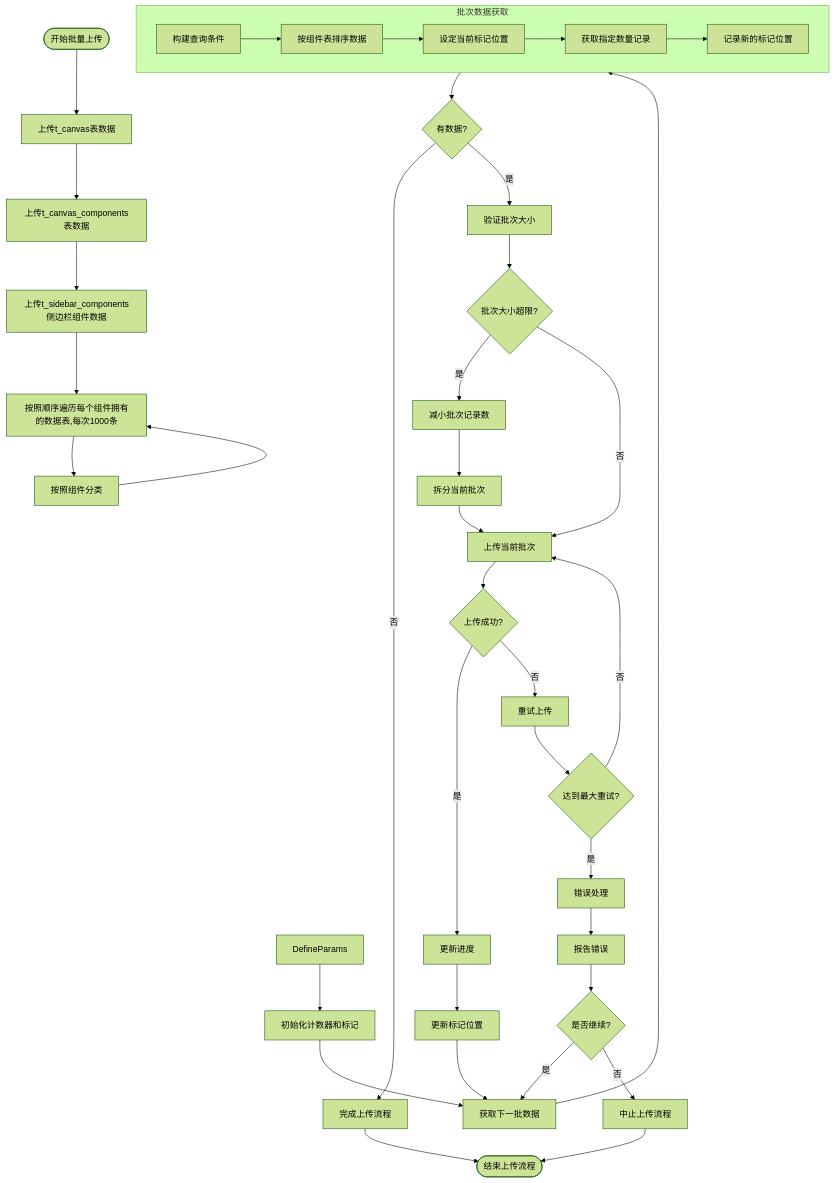
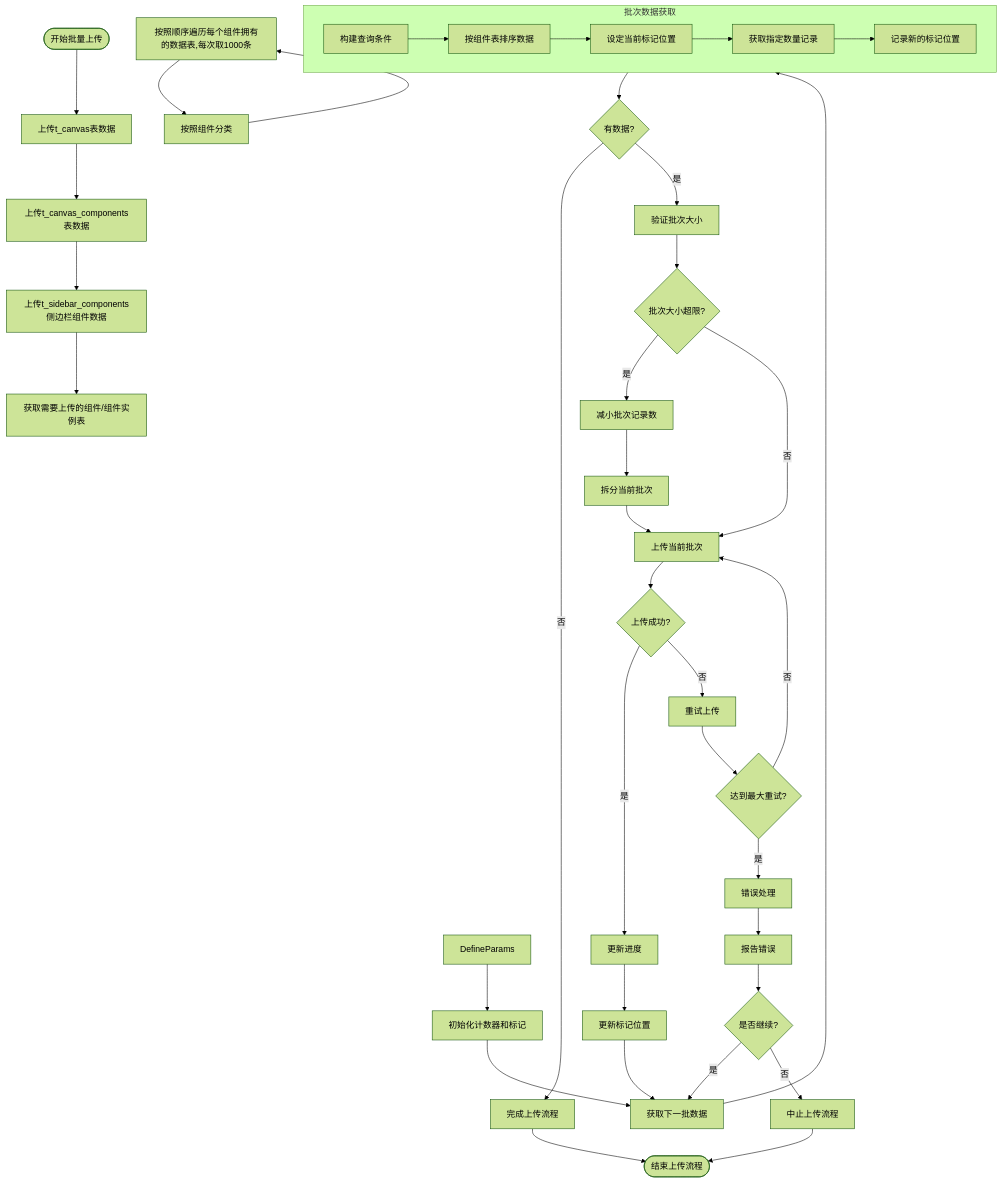
The diagram in all/未命名-51.md (yingjianzh/iodraw-files), drawn with Mermaid (forest theme) before and after one commit.

Commit message:
2025-05-08 17:28:41 update

````diff
--- a/all/未命名-51.md
+++ b/all/未命名-51.md
@@ -1,54 +1,54 @@
 ```mermaid
 flowchart TD
     Start([开始批量上传]) --> UploadSpaceData[上传t_canvas表数据]
     UploadSpaceData --> UploadComponentListData[上传t_canvas_components表数据]
     UploadComponentListData --> UploadSiderComponent[上传t_sidebar_components侧边栏组件数据]
     
-    UploadSiderComponent --> UploadData[获取需要上传的组件/组件实例表]
+    UploadSiderComponent --> FetchData[获取需要上传的组件/组件实例表]
 
     UploadData --> ClassifyData[按照组件分类]
 
-    ClassifyData --> UploadData[按照顺序遍历每个组件拥有的数据表,每次1000条]
+    ClassifyData --> UploadData[按照顺序遍历每个组件拥有的数据表,每次取1000条]
     DefineParams --> InitCounters[初始化计数器和标记]
     
     InitCounters --> FetchNextBatch[获取下一批数据]
     
     subgraph BatchFetch [批次数据获取]
         A[构建查询条件] --> B[按组件表排序数据]
         B --> C[设定当前标记位置]
         C --> D[获取指定数量记录]
         D --> E[记录新的标记位置]
     end
     
     FetchNextBatch --> BatchFetch
     
     BatchFetch --> CheckResults{有数据?}
     CheckResults -->|否| CompleteUpload[完成上传流程]
     CheckResults -->|是| ValidateBatch[验证批次大小]
     
     ValidateBatch --> SizeTooLarge{批次大小超限?}
     SizeTooLarge -->|是| AdjustBatchSize[减小批次记录数]
     SizeTooLarge -->|否| UploadBatch[上传当前批次]
     
     AdjustBatchSize --> SplitBatch[拆分当前批次]
     SplitBatch --> UploadBatch
     
     UploadBatch --> UploadSuccess{上传成功?}
     UploadSuccess -->|是| UpdateProgress[更新进度]
     UploadSuccess -->|否| RetryUpload[重试上传]
     
     RetryUpload --> MaxRetries{达到最大重试?}
     MaxRetries -->|否| UploadBatch
     MaxRetries -->|是| ErrorHandling[错误处理]
     
     ErrorHandling --> ReportError[报告错误]
     ReportError --> ContinueOption{是否继续?}
     ContinueOption -->|是| FetchNextBatch
     ContinueOption -->|否| AbortProcess[中止上传流程]
     
     UpdateProgress --> UpdateMarker[更新标记位置]
     UpdateMarker --> FetchNextBatch
     
     CompleteUpload --> End([结束上传流程])
     AbortProcess --> End
 ```
````
